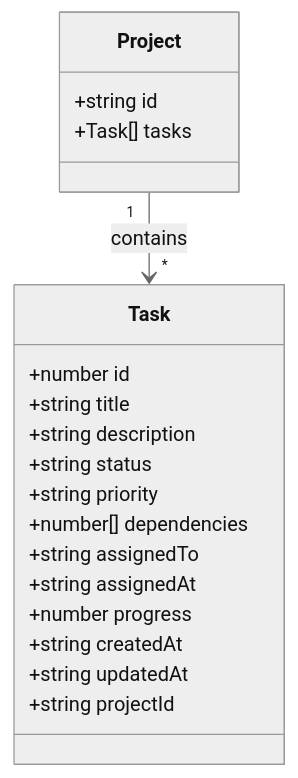
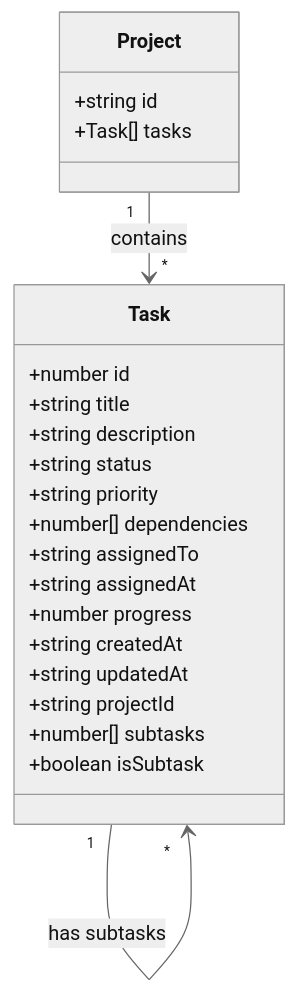
The third of 3 diagrams in README.md (htooayelwinict/windsurf-task-master), drawn with Mermaid (neutral theme) before and after one commit. The commit also changed other lines of this file and 21 other files, not shown here.

Commit message:
Add task deletion and subtask management features with documentation updates

````diff
--- a/README.md
+++ b/README.md
@@ -96,24 +98,27 @@
 ```mermaid
 classDiagram
     class Task {
         +number id
         +string title
         +string description
         +string status
         +string priority
         +number[] dependencies
         +string assignedTo
         +string assignedAt
         +number progress
         +string createdAt
         +string updatedAt
         +string projectId
+        +number[] subtasks
+        +boolean isSubtask
     }
     
     class Project {
         +string id
         +Task[] tasks
     }
     
     Project "1" --> "*" Task: contains
+    Task "1" --> "*" Task: has subtasks
 ```
````
